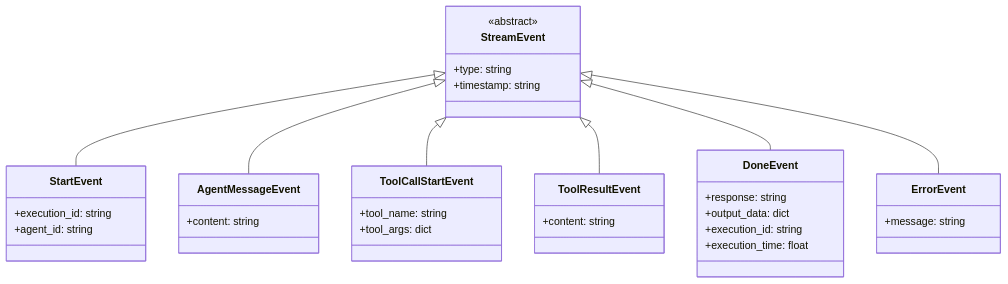
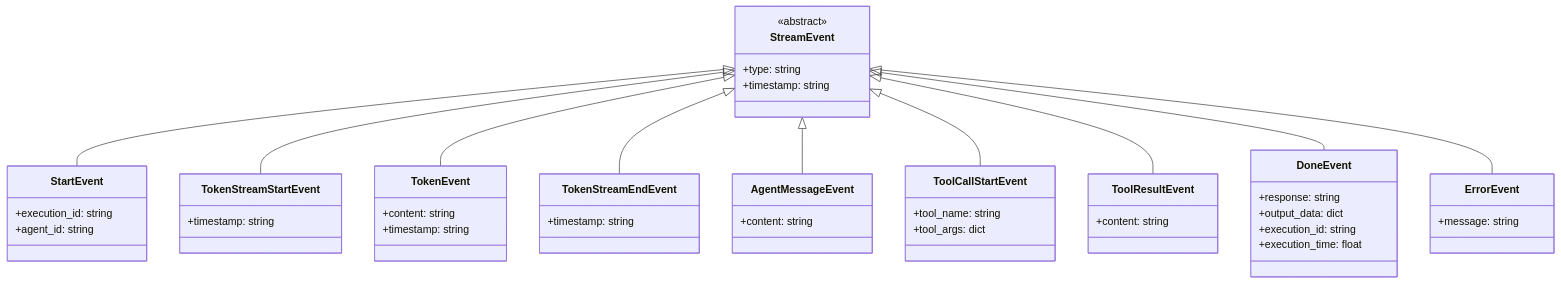
Before and after one commit to kongyuan-job/agent_demo: the seventh of 12 diagrams in docs/streaming_architecture.md, drawn with Mermaid. The commit also changed other lines of this file and 6 other files, not shown here.

````diff
--- a/docs/streaming_architecture.md
+++ b/docs/streaming_architecture.md
@@ -208,44 +257,60 @@
 ```mermaid
 classDiagram
     class StreamEvent {
         <<abstract>>
         +type: string
         +timestamp: string
     }
     
     class StartEvent {
         +execution_id: string
         +agent_id: string
+    }
+    
+    class TokenStreamStartEvent {
+        +timestamp: string
+    }
+    
+    class TokenEvent {
+        +content: string
+        +timestamp: string
+    }
+    
+    class TokenStreamEndEvent {
+        +timestamp: string
     }
     
     class AgentMessageEvent {
         +content: string
     }
     
     class ToolCallStartEvent {
         +tool_name: string
         +tool_args: dict
     }
     
     class ToolResultEvent {
         +content: string
     }
     
     class DoneEvent {
         +response: string
         +output_data: dict
         +execution_id: string
         +execution_time: float
     }
     
     class ErrorEvent {
         +message: string
     }
     
     StreamEvent <|-- StartEvent
+    StreamEvent <|-- TokenStreamStartEvent
+    StreamEvent <|-- TokenEvent
+    StreamEvent <|-- TokenStreamEndEvent
     StreamEvent <|-- AgentMessageEvent
     StreamEvent <|-- ToolCallStartEvent
     StreamEvent <|-- ToolResultEvent
     StreamEvent <|-- DoneEvent
     StreamEvent <|-- ErrorEvent
 ```
````
